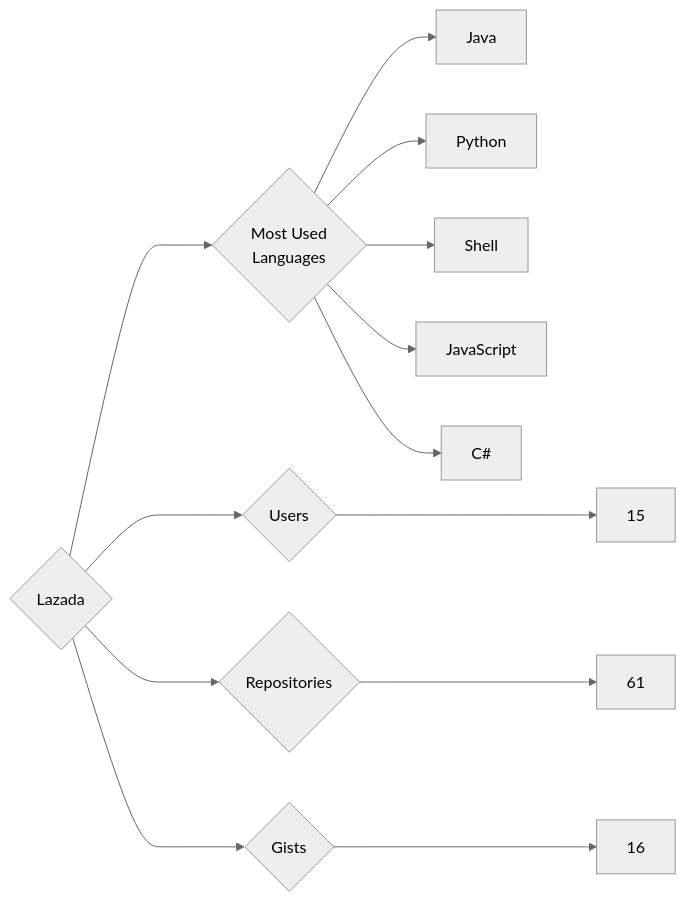
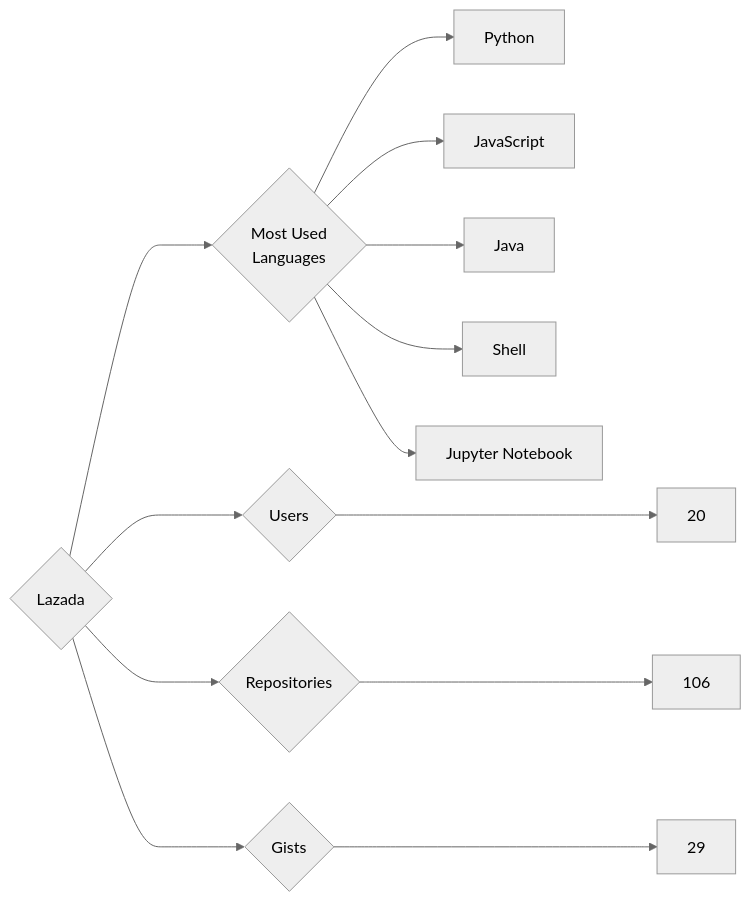
One commit to trickest/insiders changed the diagram in targets/Lazada/README.md. Above: the diagram before and after it, drawn with Mermaid (neutral theme). The commit also changed 932 other files, not shown here.

````diff
--- a/targets/Lazada/README.md
+++ b/targets/Lazada/README.md
@@ -3,13 +3,13 @@
 ```mermaid
 graph LR
 COMPANY_NAME{Lazada}
-COMPANY_NAME ---> U{Users} ---> UN[15]
-COMPANY_NAME ---> R{Repositories} ---> RN[61]
-COMPANY_NAME ---> G{Gists} ---> GN[16]
+COMPANY_NAME ---> U{Users} ---> UN[20]
+COMPANY_NAME ---> R{Repositories} ---> RN[106]
+COMPANY_NAME ---> G{Gists} ---> GN[29]
 COMPANY_NAME ---> ML{Most Used<br>Languages}
+ML --> Python[Python]
+ML --> JavaScript[JavaScript]
 ML --> Java[Java]
-ML --> Python[Python]
 ML --> Shell[Shell]
-ML --> JavaScript[JavaScript]
-ML --> C#[C#]
+ML --> Jupyter_Notebook[Jupyter Notebook]
 ```
````
